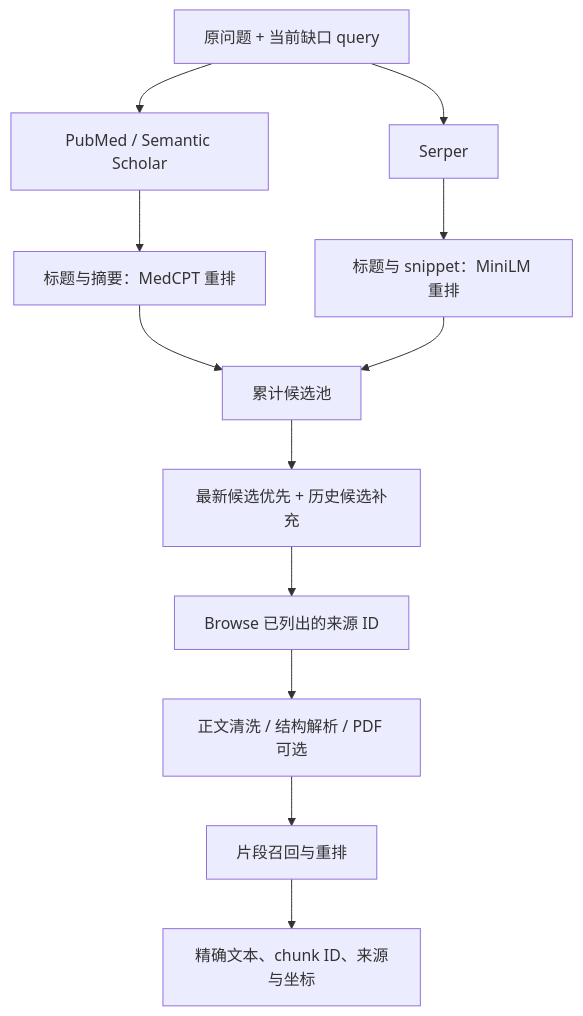
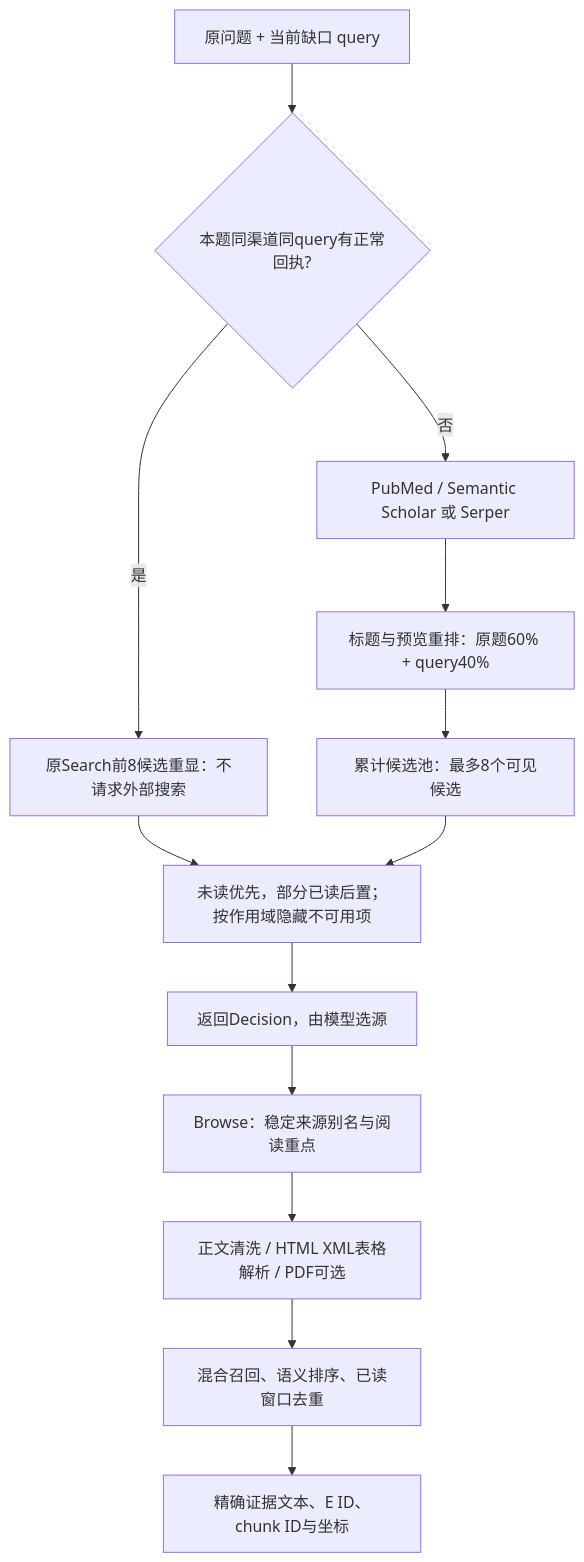
The second of 2 diagrams in README.md (MaSunKing/medical-research-agent-grpo), drawn with Mermaid before and after one commit. The commit also changed other lines of this file and 10 other files, not shown here.

Commit message:
docs: align version three and engineering diagrams with current Process runtime

````diff
--- a/README.md
+++ b/README.md
@@ -67,14 +75,15 @@
 ```mermaid
 flowchart TB
-    Query[原问题 + 当前缺口 query] --> Paper[PubMed / Semantic Scholar]
-    Query --> Web[Serper]
-    Paper --> PR[标题与摘要：MedCPT 重排]
-    Web --> WR[标题与 snippet：MiniLM 重排]
-    PR --> Pool[累计候选池]
-    WR --> Pool
-    Pool --> Window[最新候选优先 + 历史候选补充]
-    Window --> Read[Browse 已列出的来源 ID]
-    Read --> Clean[正文清洗 / 结构解析 / PDF 可选]
-    Clean --> Chunk[片段召回与重排]
-    Chunk --> Evidence[精确文本、chunk ID、来源与坐标]
+    Query[原问题 + 当前缺口 query] --> Cache{本题同渠道同query有正常回执?}
+    Cache -->|否| Paper[PubMed / Semantic Scholar 或 Serper]
+    Paper --> Rank[标题与预览重排：原题60% + query40%]
+    Rank --> Pool[累计候选池：最多8个可见候选]
+    Cache -->|是| Replay[原Search前8候选重显：不请求外部搜索]
+    Replay --> Availability[未读优先，部分已读后置；按作用域隐藏不可用项]
+    Pool --> Availability
+    Availability --> Choice[返回Decision，由模型选源]
+    Choice --> Read[Browse：稳定来源别名与阅读重点]
+    Read --> Clean[正文清洗 / HTML XML表格解析 / PDF可选]
+    Clean --> Chunk[混合召回、语义排序、已读窗口去重]
+    Chunk --> Evidence[精确证据文本、E ID、chunk ID与坐标]
 ```
````
